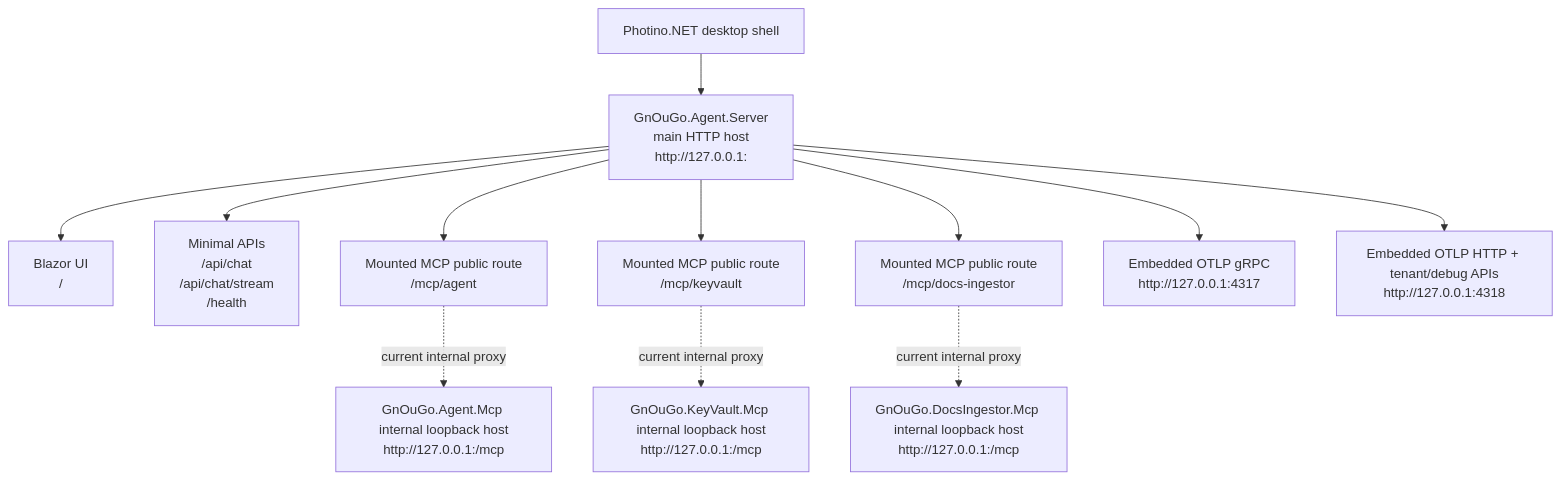
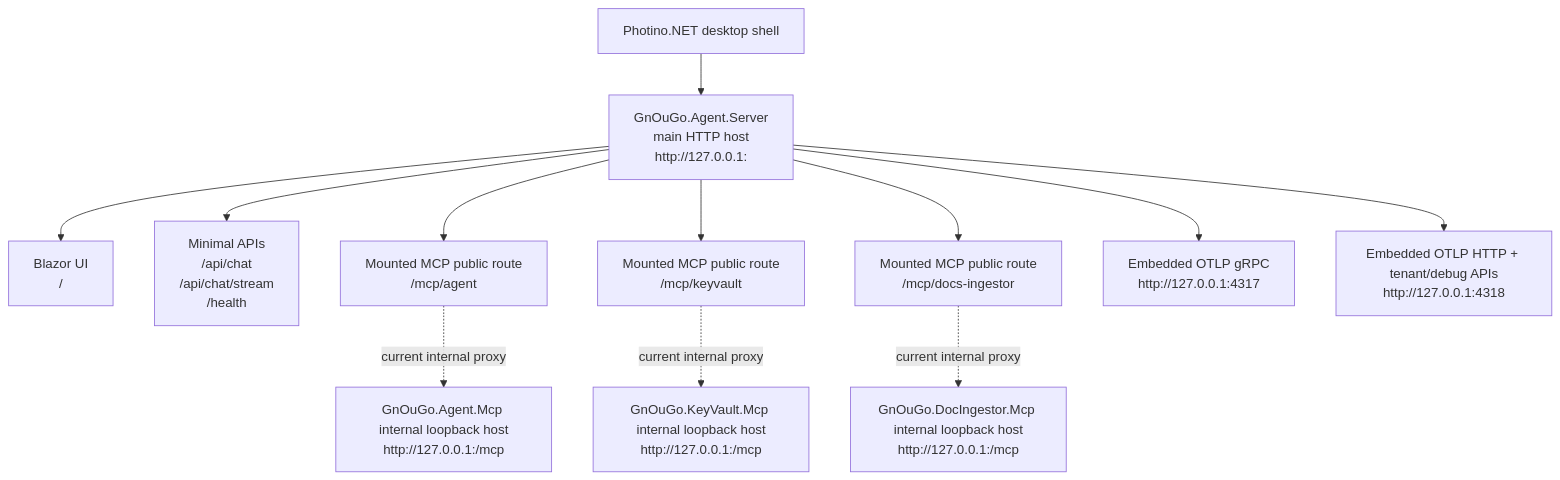
One commit to GnouGo/GnouGo changed the diagram in src/GnOuGo.Agent.Server/README.md. Above: the diagram before and after it, drawn with Mermaid. The commit also changed other lines of this file and 37 other files, not shown here.

````diff
--- a/src/GnOuGo.Agent.Server/README.md
+++ b/src/GnOuGo.Agent.Server/README.md
@@ -13,17 +13,17 @@
 ```mermaid
 flowchart TD
 	Desktop[Photino.NET desktop shell] --> Main[GnOuGo.Agent.Server\nmain HTTP host\nhttp://127.0.0.1:<app-port>]
 
 	Main --> UI[Blazor UI\n/]
 	Main --> Api[Minimal APIs\n/api/chat\n/api/chat/stream\n/health]
 	Main --> AgentProxy[Mounted MCP public route\n/mcp/agent]
 	Main --> KeyVaultProxy[Mounted MCP public route\n/mcp/keyvault]
 	Main --> DocsIngestorProxy[Mounted MCP public route\n/mcp/docs-ingestor]
 
 	AgentProxy -. current internal proxy .-> AgentInternal[GnOuGo.Agent.Mcp internal loopback host\nhttp://127.0.0.1:<ephemeral-port>/mcp]
 	KeyVaultProxy -. current internal proxy .-> KeyVaultInternal[GnOuGo.KeyVault.Mcp internal loopback host\nhttp://127.0.0.1:<ephemeral-port>/mcp]
-	DocsIngestorProxy -. current internal proxy .-> DocsIngestorInternal[GnOuGo.DocsIngestor.Mcp internal loopback host\nhttp://127.0.0.1:<ephemeral-port>/mcp]
+	DocsIngestorProxy -. current internal proxy .-> DocsIngestorInternal[GnOuGo.DocIngestor.Mcp internal loopback host\nhttp://127.0.0.1:<ephemeral-port>/mcp]
 
 	Main --> OtlpGrpc[Embedded OTLP gRPC\nhttp://127.0.0.1:4317]
 	Main --> OtlpHttp[Embedded OTLP HTTP + tenant/debug APIs\nhttp://127.0.0.1:4318]
 ```
````
